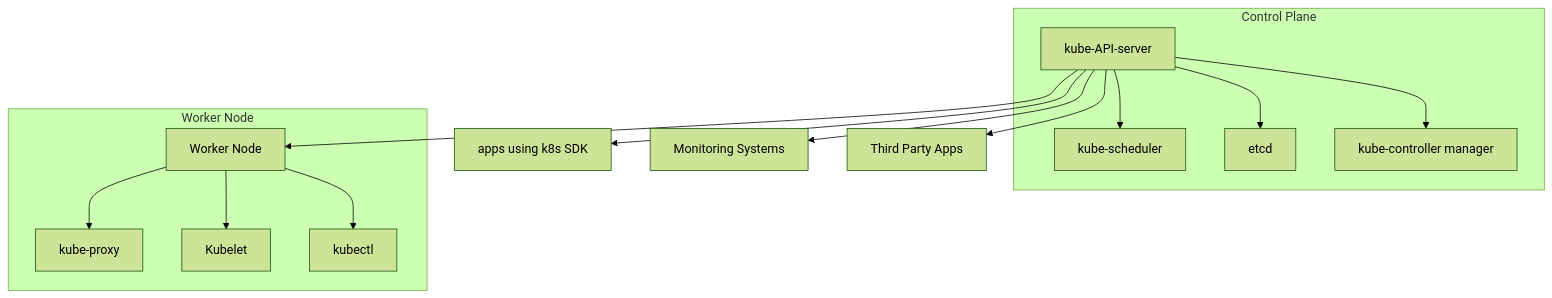
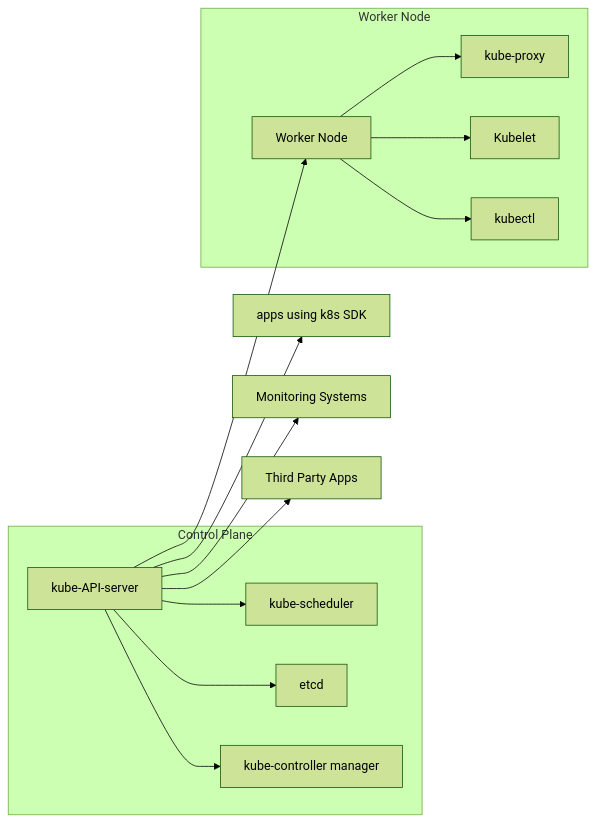
One commit to 007chiragshah/tucana changed the first of 2 diagrams in Architecture_Overview.md. Above: the diagram before and after it, drawn with Mermaid (forest theme).

````diff
--- a/Architecture_Overview.md
+++ b/Architecture_Overview.md
@@ -20,30 +20,25 @@
   ```mermaid 
-  graph TD
-    subgraph "Control Plane"
+  graph LR
+    subgraph Control_Plane["Control Plane"]
         A[kube-API-server]
         B[kube-scheduler]
         D[etcd]
         E[kube-controller manager]
     end
 
     A --> B
     A --> D
     A --> E
 
-    F[Worker Node] --> G[kube-proxy]
-    F --> H[Kubelet]
-    F --> I[kubectl]
+    subgraph Worker_Node["Worker Node"]
+        F[Worker Node] --> G[kube-proxy]
+        F --> H[Kubelet]
+        F --> I[kubectl]
+    end
 
     A --> F
     A --> J[apps using k8s SDK]
     A --> K[Monitoring Systems]
     A --> L[Third Party Apps]
-    
-    subgraph "Worker Node"
-        F
-        G
-        H
-        I
-    end
 
   ```
````
